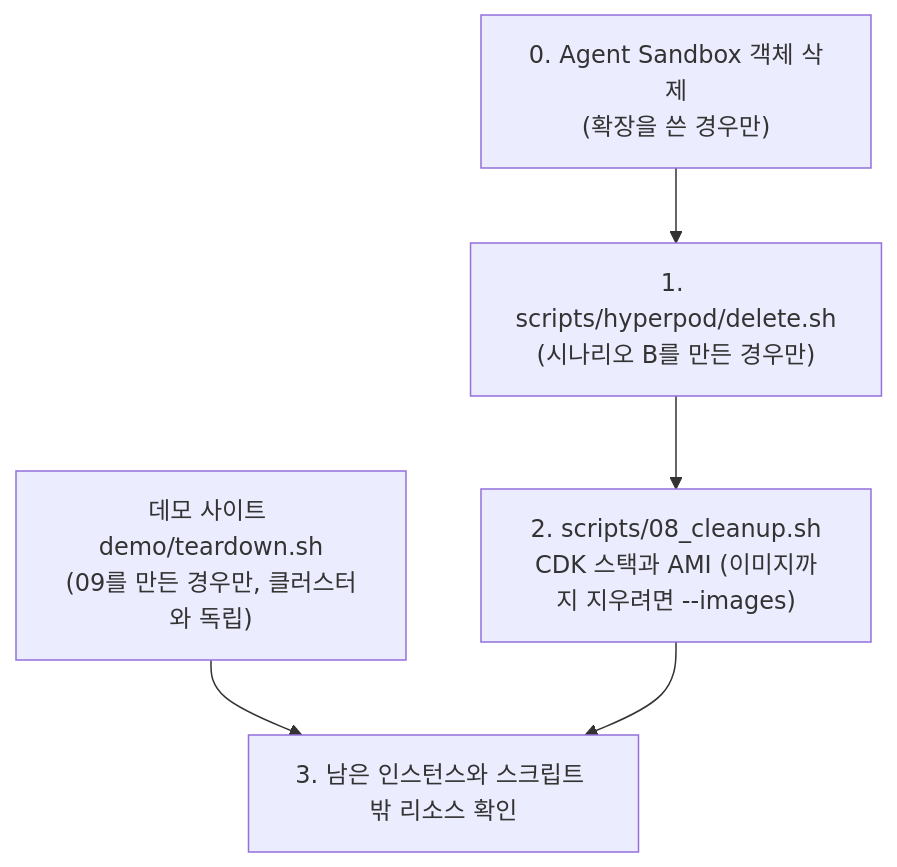
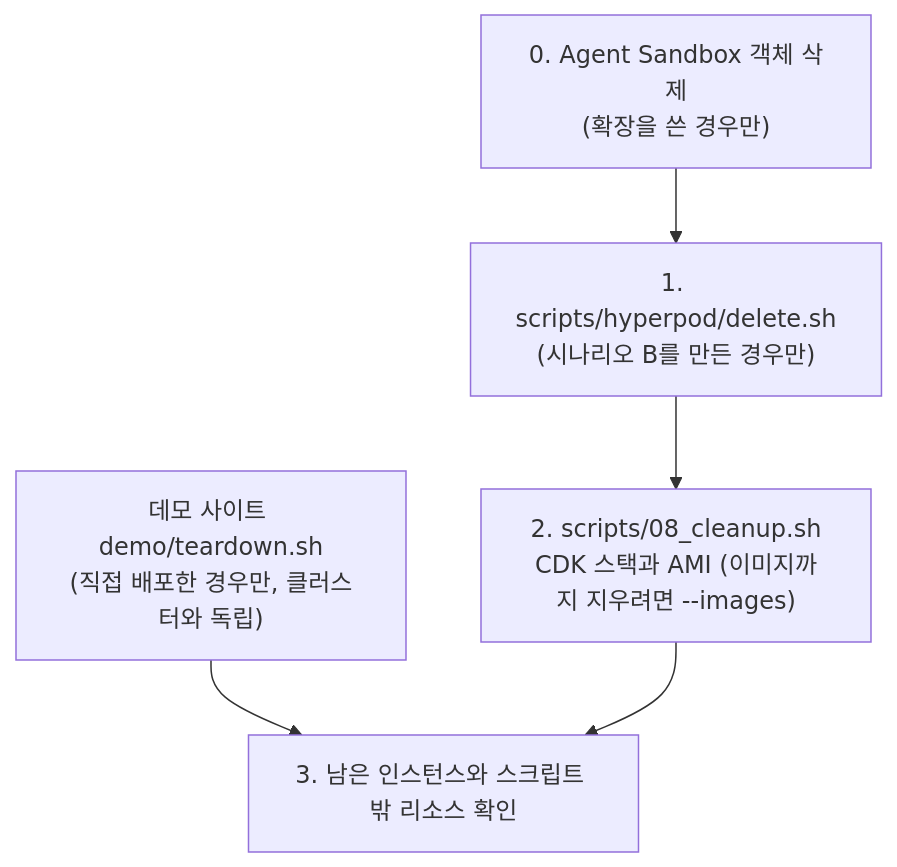
Before and after one commit to daekeun-ml/gpu-sandbox-on-aws: the diagram in docs/handson/99_cleanup.md, drawn with Mermaid. The commit also changed other lines of this file and 109 other files, not shown here.

````diff
--- a/docs/handson/99_cleanup.md
+++ b/docs/handson/99_cleanup.md
@@ -34,7 +34,7 @@
 ```mermaid
 flowchart TD
     X["0. Agent Sandbox 객체 삭제<br/>(확장을 쓴 경우만)"] --> A["1. scripts/hyperpod/delete.sh<br/>(시나리오 B를 만든 경우만)"]
     A --> B["2. scripts/08_cleanup.sh<br/>CDK 스택과 AMI (이미지까지 지우려면 --images)"]
-    D["데모 사이트 demo/teardown.sh<br/>(09를 만든 경우만, 클러스터와 독립)"] --> C
+    D["데모 사이트 demo/teardown.sh<br/>(직접 배포한 경우만, 클러스터와 독립)"] --> C
     B --> C["3. 남은 인스턴스와 스크립트 밖 리소스 확인"]
 ```
````
